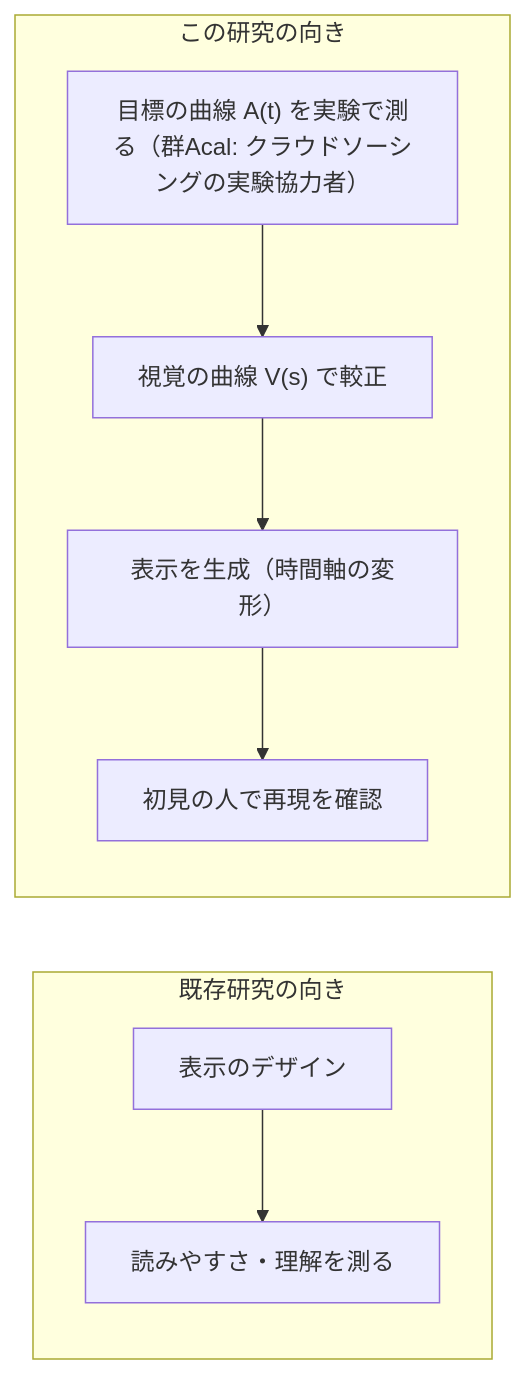
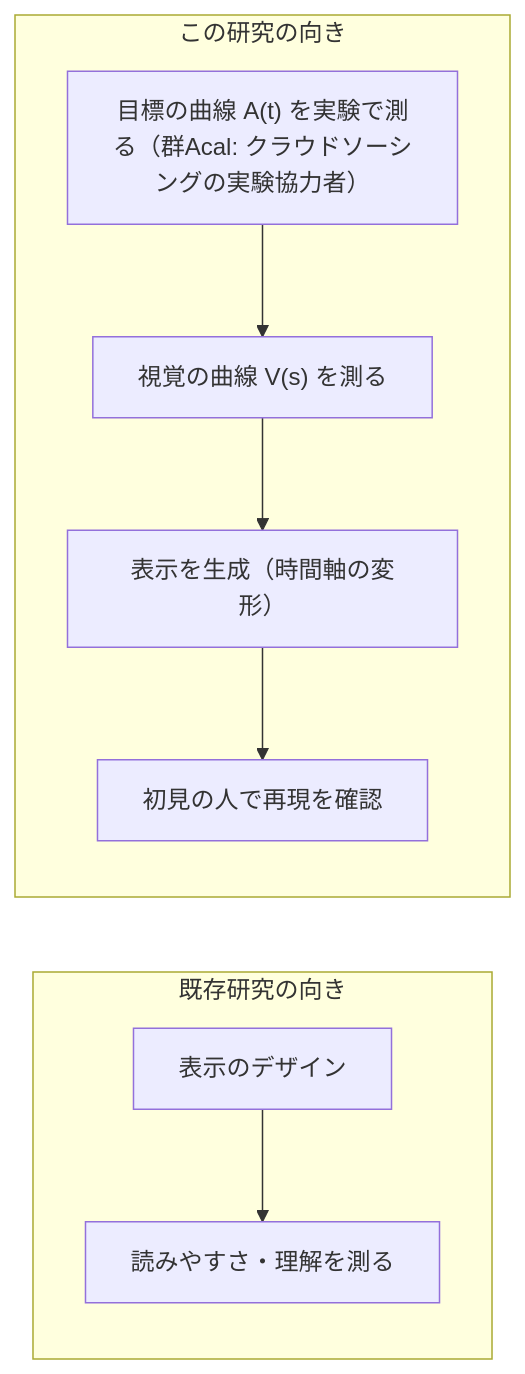
The first of 4 diagrams in project/実験計画書_転写検証.md (g19922ma/iFont), drawn with Mermaid before and after one commit. The commit also changed other lines of this file, not shown here.

````diff
--- a/project/実験計画書_転写検証.md
+++ b/project/実験計画書_転写検証.md
@@ -36,9 +36,9 @@
 ```mermaid
 flowchart LR
   subgraph 既存研究の向き
     a1[表示のデザイン] --> a2[読みやすさ・理解を測る]
   end
   subgraph この研究の向き
-    b1["目標の曲線 A(t) を実験で測る（群Acal: クラウドソーシングの実験協力者）"] --> b2["視覚の曲線 V(s) で較正"] --> b3["表示を生成（時間軸の変形）"] --> b4["初見の人で再現を確認"]
+    b1["目標の曲線 A(t) を実験で測る（群Acal: クラウドソーシングの実験協力者）"] --> b2["視覚の曲線 V(s) を測る"] --> b3["表示を生成（時間軸の変形）"] --> b4["初見の人で再現を確認"]
   end
 ```
````
